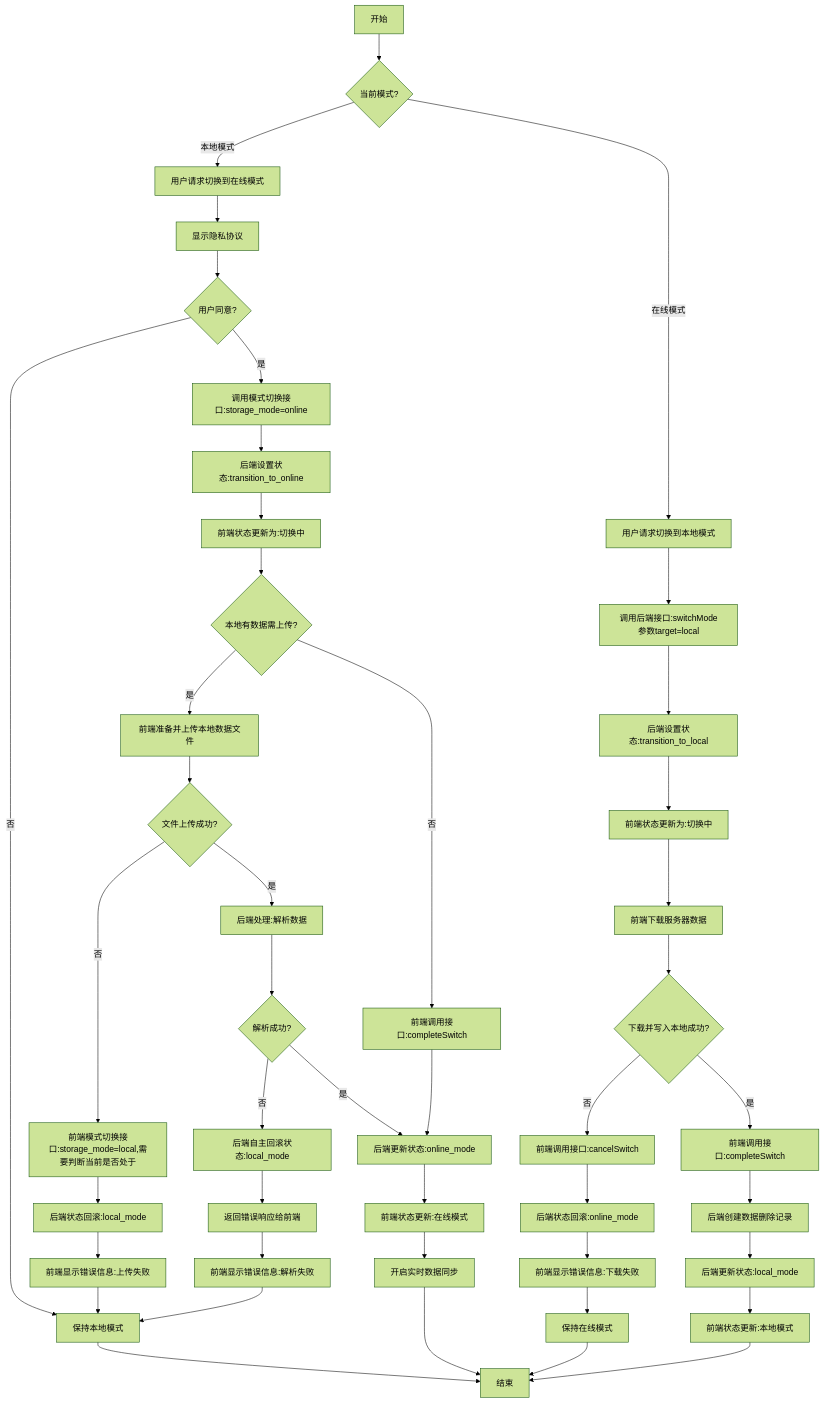
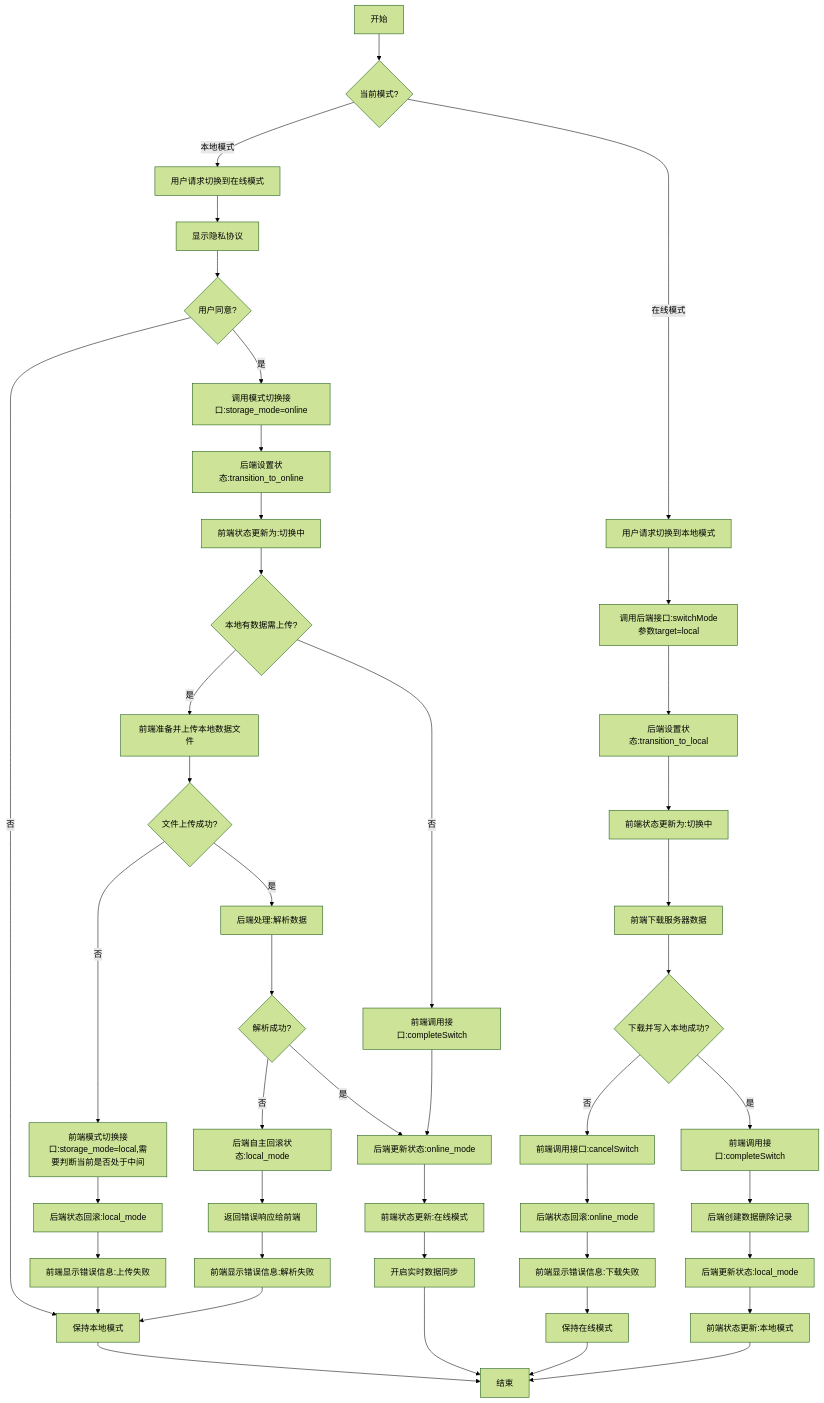
Before and after one commit to yingjianzh/iodraw-files: the diagram in all/未命名-58.md, drawn with Mermaid (forest theme).

Commit message:
2025-05-14 10:44:18 update

````diff
--- a/all/未命名-58.md
+++ b/all/未命名-58.md
@@ -1,68 +1,68 @@
 ```mermaid
 flowchart TD
     A[开始] --> B{当前模式?}
     
     %% 本地模式转在线模式
     B -->|本地模式| C[用户请求切换到在线模式]
     C --> D[显示隐私协议]
     D --> E{用户同意?}
 
     E -->|否| F[保持本地模式]
     F --> Z[结束]
     
     E -->|是| G[调用模式切换接口:storage_mode=online]
     G --> H[后端设置状态:transition_to_online]
     H --> I[前端状态更新为:切换中]
     
     I --> J{本地有数据需上传?}
     
     %% 有本地数据需上传的情况
     J -->|是| K[前端准备并上传本地数据文件]
     K --> L{文件上传成功?}
     
     %% 上传失败的情况
-    L -->|否| M[前端模式切换接口:storage_mode=local,需要判断当前是否处于]
+    L -->|否| M[前端模式切换接口:storage_mode=local,需要判断当前是否处于中间]
     M --> N[后端状态回滚:local_mode]
     N --> O[前端显示错误信息:上传失败]
     O --> F
     
     %% 上传成功但解析失败的情况
     L -->|是| P[后端处理:解析数据]
     P --> Q{解析成功?}
     Q -->|否| R[后端自主回滚状态:local_mode]
     R --> S[返回错误响应给前端]
     S --> T[前端显示错误信息:解析失败]
     T --> F
     
     %% 全部成功的情况
     Q -->|是| U[后端更新状态:online_mode]
     J -->|否| V[前端调用接口:completeSwitch]
     V --> U
     
     U --> W[前端状态更新:在线模式]
     W --> X[开启实时数据同步]
     X --> Z
     
     %% 在线模式转本地模式
     B -->|在线模式| AA[用户请求切换到本地模式]
     AA --> AB[调用后端接口:switchMode参数target=local]
     AB --> AC[后端设置状态:transition_to_local]
     AC --> AD[前端状态更新为:切换中]
     
     AD --> AE[前端下载服务器数据]
     AE --> AF{下载并写入本地成功?}
     
     %% 下载失败的情况
     AF -->|否| AG[前端调用接口:cancelSwitch]
     AG --> AH[后端状态回滚:online_mode]
     AH --> AI[前端显示错误信息:下载失败]
     AI --> AJ[保持在线模式]
     AJ --> Z
     
     %% 下载成功的情况
     AF -->|是| AK[前端调用接口:completeSwitch]
     AK --> AL[后端创建数据删除记录]
     AL --> AM[后端更新状态:local_mode]
     AM --> AN[前端状态更新:本地模式]
     AN --> Z
 ```
````
